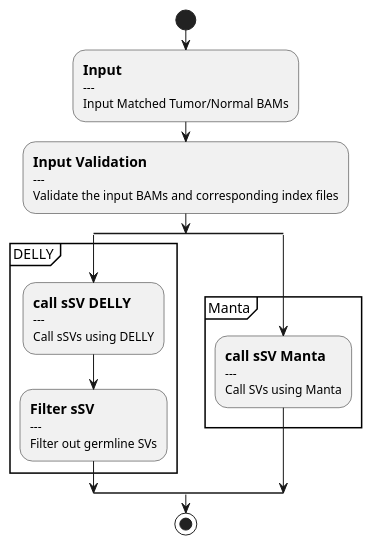
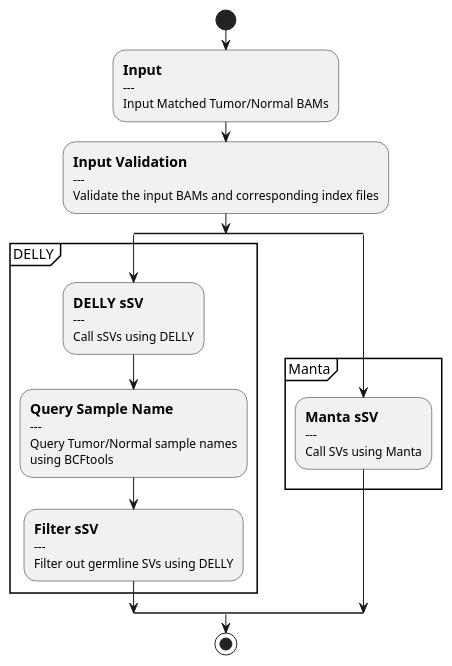
The diagram in docs/call-sSV.puml (uclahs-cds/pipeline-call-sSV), drawn with PlantUML before and after one commit.

Commit message:
add query sample names process; update titles

```diff
--- a/docs/call-sSV.puml
+++ b/docs/call-sSV.puml
@@ -1,31 +1,35 @@
 @startuml
 skinparam SwimlaneTitleFontStyle bold
 
 start
 
 :==Input
 ---
 Input Matched Tumor/Normal BAMs;
 :==Input Validation
 ---
 Validate the input BAMs and corresponding index files;
 
 split
 partition "DELLY" {
-    :==call sSV DELLY
+    :==DELLY sSV
     ---
     Call sSVs using DELLY;
+    :==Query Sample Name
+    ---
+    Query Tumor/Normal sample names
+    using BCFtools;
     :==Filter sSV
     ---
-    Filter out germline SVs;
+    Filter out germline SVs using DELLY;
     }
 
 split again
 partition "Manta" {
-    :==call sSV Manta
+    :==Manta sSV
     ---
     Call SVs using Manta;
     }
 end split
 stop
 @enduml
```
